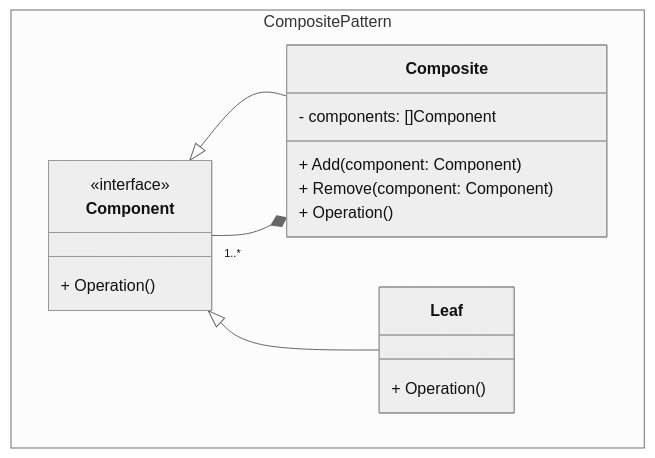
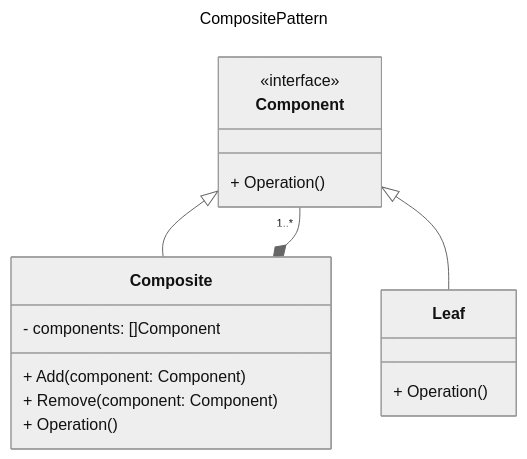
One commit to akhiltn/design-patterns-golang changed the sixth of 7 diagrams in README.md. Above: the diagram before and after it, drawn with Mermaid (neutral theme). The commit also changed other lines of this file and 2 other files, not shown here.

Commit message:
improvements of mermaid and decorator

````diff
--- a/README.md
+++ b/README.md
@@ -137,25 +142,26 @@
 ```mermaid
+---
+title: CompositePattern
+---
 classDiagram
 
     Component <|-- Composite
     Component <|-- Leaf
     Composite *-- "1..*" Component
 
-    namespace CompositePattern {
-        class Component {
-            <<interface>>
-            + Operation()
-        }
+    class Component {
+        <<interface>>
+        + Operation()
+    }
 
-        class Composite {
-            - components: []Component
-            + Add(component: Component)
-            + Remove(component: Component)
-            + Operation()
-        }
+    class Composite {
+        - components: []Component
+        + Add(component: Component)
+        + Remove(component: Component)
+        + Operation()
+    }
 
-        class Leaf {
-            + Operation()
-        }
+    class Leaf {
+        + Operation()
     }
 ```
````
